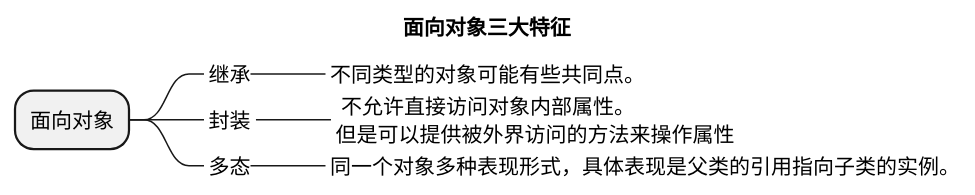
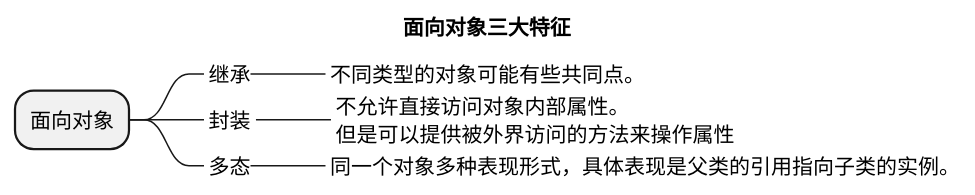
The first of 6 diagrams in 面试/java/基础.md (yayaa-uuu/study), drawn with PlantUML before and after one commit.

````diff
--- a/面试/java/基础.md
+++ b/面试/java/基础.md
@@ -10,13 +10,13 @@
 ```plantuml
 @startmindmap
 title 面向对象三大特征
 * 面向对象
 **_ 继承
 ***_ 不同类型的对象可能有些共同点。
 **_ 封装 
-***_: 不允许直接访问对象内部属性。
+***_:不允许直接访问对象内部属性。
 但是可以提供被外界访问的方法来操作属性;
 **_ 多态
 ***_ 同一个对象多种表现形式，具体表现是父类的引用指向子类的实例。
 @endmindmap
 ```
````
